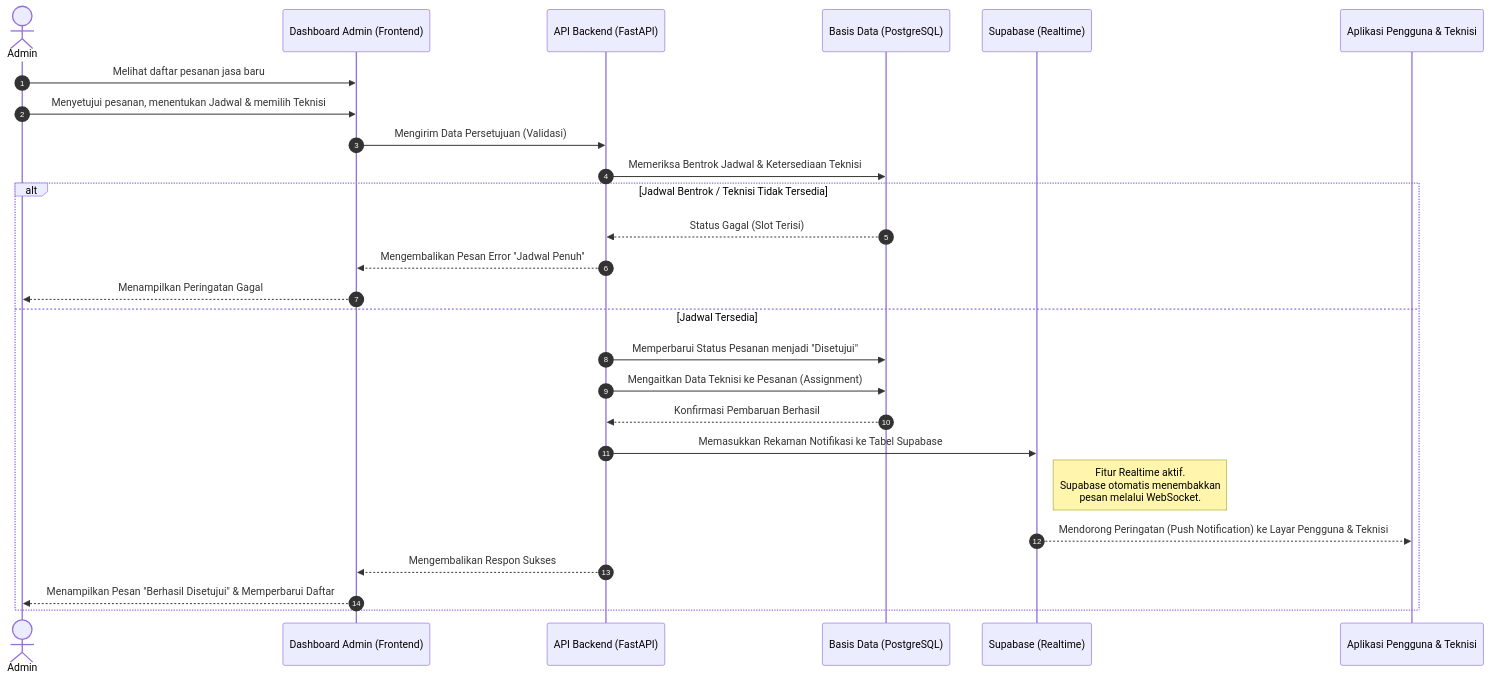
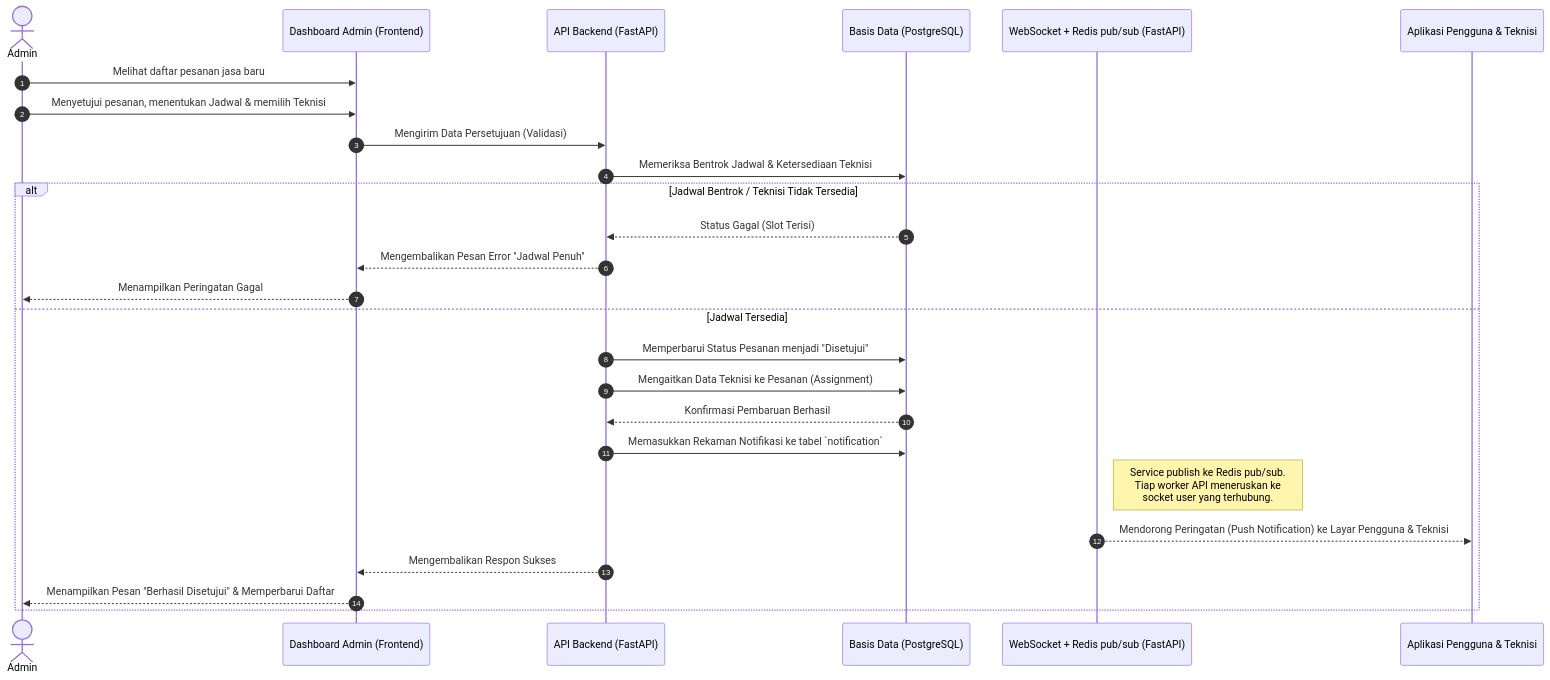
Before and after one commit to marhel28/kerjakpraktek: the diagram in docs/architecture/sequence-admin-service-handler.md, drawn with Mermaid. The commit also changed 43 other files, not shown here.

Commit message:
feat(notifications): replace Supabase realtime with local WebSocket and DB

````diff
--- a/docs/architecture/sequence-admin-service-handler.md
+++ b/docs/architecture/sequence-admin-service-handler.md
@@ -3,34 +3,34 @@
 ```mermaid
 sequenceDiagram
     autonumber
     
     actor Admin
     participant AdminUI as Dashboard Admin (Frontend)
     participant API as API Backend (FastAPI)
     participant DB as Basis Data (PostgreSQL)
-    participant Realtime as Supabase (Realtime)
+    participant Realtime as WebSocket + Redis pub/sub (FastAPI)
     participant App as Aplikasi Pengguna & Teknisi
     
     Admin->>AdminUI: Melihat daftar pesanan jasa baru
     Admin->>AdminUI: Menyetujui pesanan, menentukan Jadwal & memilih Teknisi
     AdminUI->>API: Mengirim Data Persetujuan (Validasi)
     
     API->>DB: Memeriksa Bentrok Jadwal & Ketersediaan Teknisi
     
     alt Jadwal Bentrok / Teknisi Tidak Tersedia
         DB-->>API: Status Gagal (Slot Terisi)
         API-->>AdminUI: Mengembalikan Pesan Error "Jadwal Penuh"
         AdminUI-->>Admin: Menampilkan Peringatan Gagal
     else Jadwal Tersedia
         API->>DB: Memperbarui Status Pesanan menjadi "Disetujui"
         API->>DB: Mengaitkan Data Teknisi ke Pesanan (Assignment)
         DB-->>API: Konfirmasi Pembaruan Berhasil
         
-        API->>Realtime: Memasukkan Rekaman Notifikasi ke Tabel Supabase
-        Note right of Realtime: Fitur Realtime aktif.<br/>Supabase otomatis menembakkan<br/>pesan melalui WebSocket.
+        API->>DB: Memasukkan Rekaman Notifikasi ke tabel `notification`
+        Note right of Realtime: Service publish ke Redis pub/sub.<br/>Tiap worker API meneruskan ke<br/>socket user yang terhubung.
         Realtime-->>App: Mendorong Peringatan (Push Notification) ke Layar Pengguna & Teknisi
         
         API-->>AdminUI: Mengembalikan Respon Sukses
         AdminUI-->>Admin: Menampilkan Pesan "Berhasil Disetujui" & Memperbarui Daftar
     end
 ```
````
